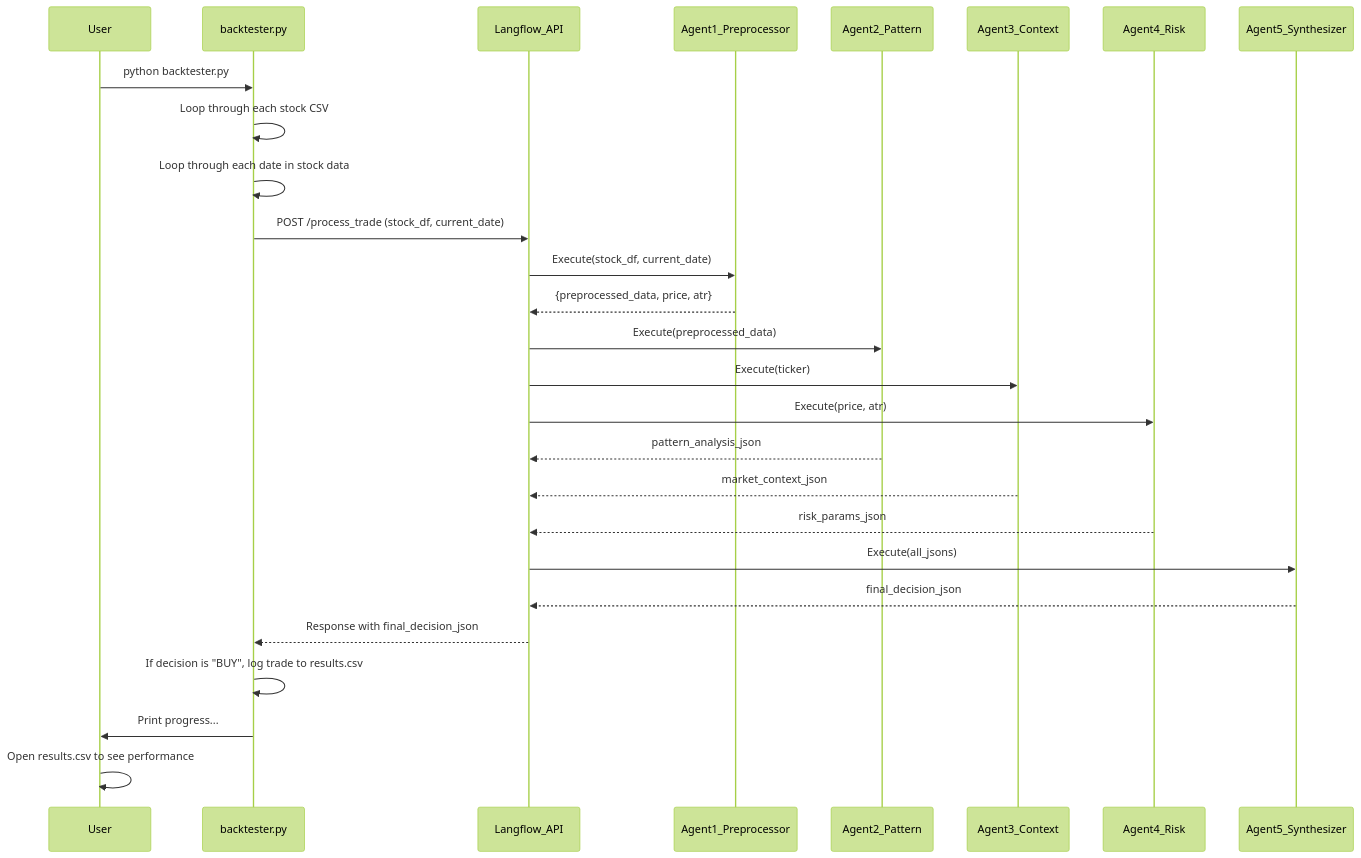
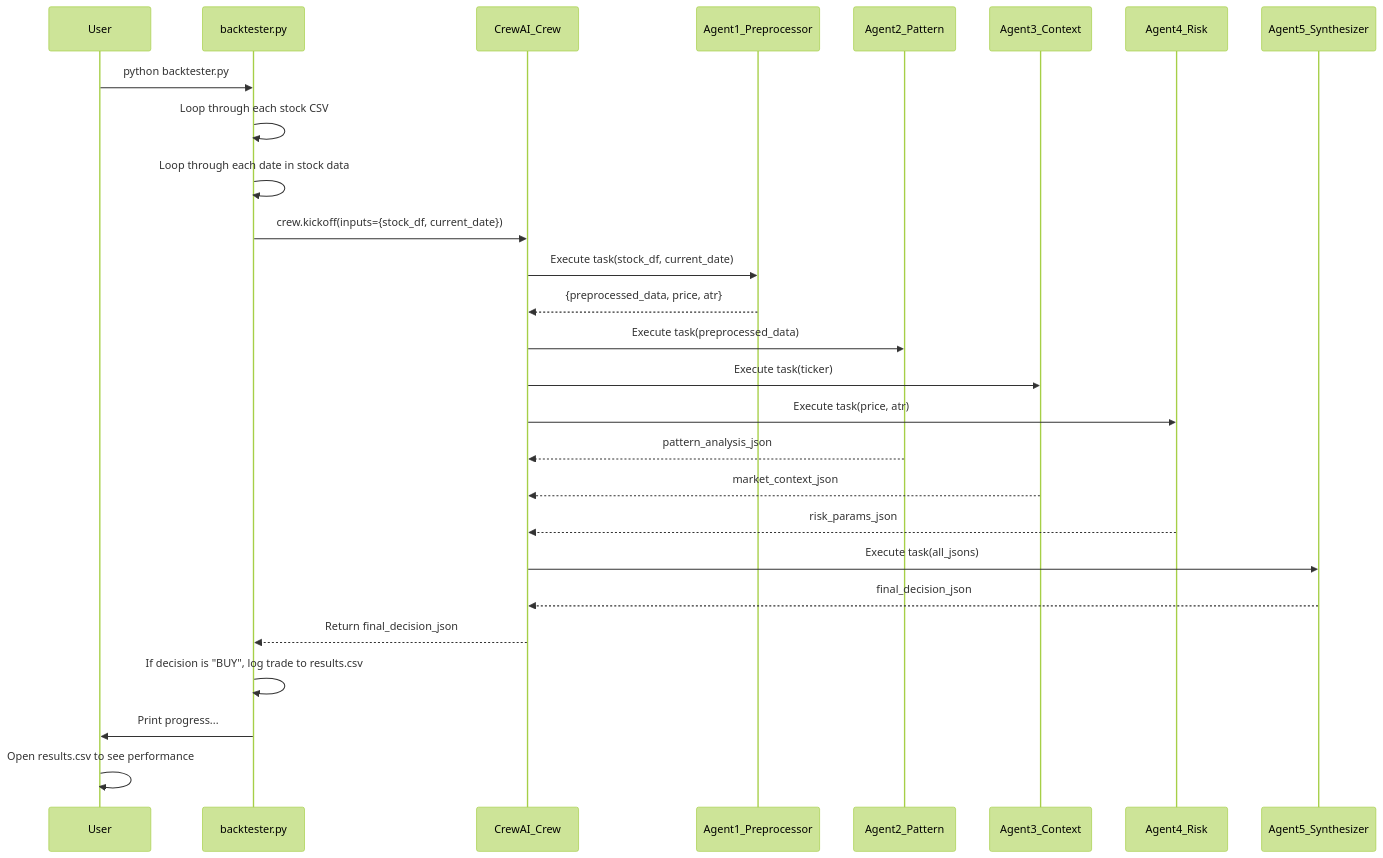
The second of 2 diagrams in docs/architecture.md (vijayanajay/agent-trader), drawn with Mermaid (forest theme) before and after one commit. The commit also changed other lines of this file and 2 other files, not shown here.

````diff
--- a/docs/architecture.md
+++ b/docs/architecture.md
@@ -81,34 +82,34 @@
 ```mermaid
 sequenceDiagram
     participant User
     participant backtester.py
-    participant Langflow_API
+    participant CrewAI_Crew
     participant Agent1_Preprocessor
     participant Agent2_Pattern
     participant Agent3_Context
     participant Agent4_Risk
     participant Agent5_Synthesizer
 
     User->>backtester.py: python backtester.py
     backtester.py->>backtester.py: Loop through each stock CSV
     backtester.py->>backtester.py: Loop through each date in stock data
-    backtester.py->>Langflow_API: POST /process_trade (stock_df, current_date)
-    Langflow_API->>Agent1_Preprocessor: Execute(stock_df, current_date)
-    Agent1_Preprocessor-->>Langflow_API: {preprocessed_data, price, atr}
+    backtester.py->>CrewAI_Crew: crew.kickoff(inputs={stock_df, current_date})
+    CrewAI_Crew->>Agent1_Preprocessor: Execute task(stock_df, current_date)
+    Agent1_Preprocessor-->>CrewAI_Crew: {preprocessed_data, price, atr}
     
-    Langflow_API->>Agent2_Pattern: Execute(preprocessed_data)
-    Langflow_API->>Agent3_Context: Execute(ticker)
-    Langflow_API->>Agent4_Risk: Execute(price, atr)
+    CrewAI_Crew->>Agent2_Pattern: Execute task(preprocessed_data)
+    CrewAI_Crew->>Agent3_Context: Execute task(ticker)
+    CrewAI_Crew->>Agent4_Risk: Execute task(price, atr)
 
-    Agent2_Pattern-->>Langflow_API: pattern_analysis_json
-    Agent3_Context-->>Langflow_API: market_context_json
-    Agent4_Risk-->>Langflow_API: risk_params_json
+    Agent2_Pattern-->>CrewAI_Crew: pattern_analysis_json
+    Agent3_Context-->>CrewAI_Crew: market_context_json
+    Agent4_Risk-->>CrewAI_Crew: risk_params_json
 
-    Langflow_API->>Agent5_Synthesizer: Execute(all_jsons)
-    Agent5_Synthesizer-->>Langflow_API: final_decision_json
-    Langflow_API-->>backtester.py: Response with final_decision_json
+    CrewAI_Crew->>Agent5_Synthesizer: Execute task(all_jsons)
+    Agent5_Synthesizer-->>CrewAI_Crew: final_decision_json
+    CrewAI_Crew-->>backtester.py: Return final_decision_json
 
     backtester.py->>backtester.py: If decision is "BUY", log trade to results.csv
     backtester.py->>User: Print progress...
     User->>User: Open results.csv to see performance
 ```
````
